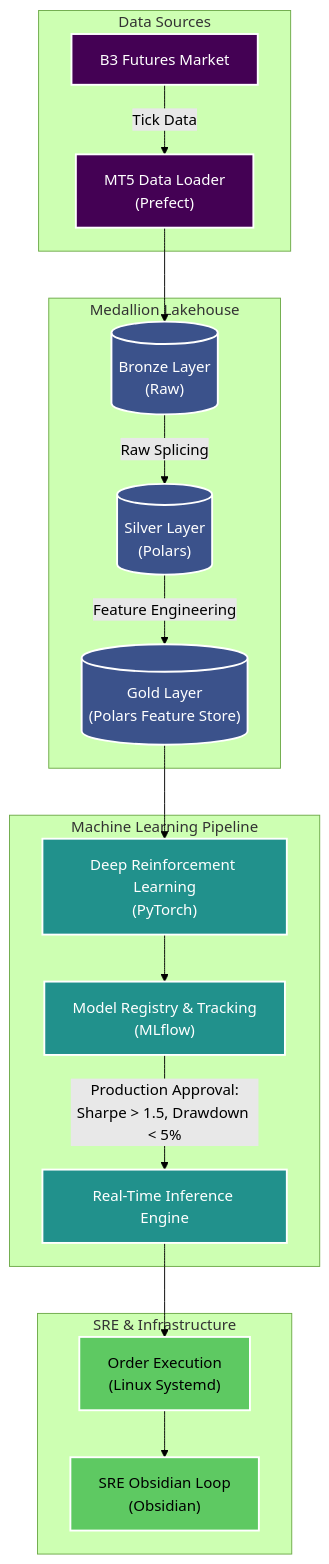
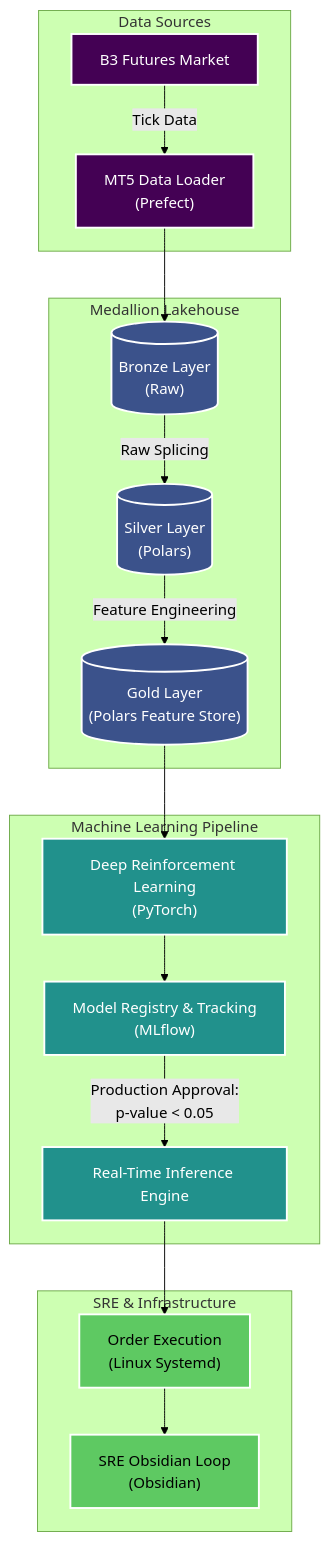
One commit to LucianoBritis/mlops-architecture-showcase changed the diagram in README.md. Above: the diagram before and after it, drawn with Mermaid (forest theme).

Commit message:
docs: Mask proprietary production approval thresholds with standard p-value metric

````diff
--- a/README.md
+++ b/README.md
@@ -21,28 +21,28 @@
 ```mermaid
 graph TD
     classDef source fill:#440154,color:#fff,stroke:#fff,stroke-width:2px;
     classDef medallion fill:#3B528B,color:#fff,stroke:#fff,stroke-width:2px;
     classDef ml fill:#21918C,color:#fff,stroke:#fff,stroke-width:2px;
     classDef sre fill:#5EC962,color:#000,stroke:#fff,stroke-width:2px;
 
     subgraph Data Sources
         B3["B3 Futures Market"]:::source --> |Tick Data| Ingest["MT5 Data Loader<br>(Prefect)"]:::source
     end
 
     subgraph Medallion Lakehouse
         Ingest --> Bronze[("Bronze Layer<br>(Raw)")]:::medallion
         Bronze --> |Raw Splicing| Silver[("Silver Layer<br>(Polars)")]:::medallion
         Silver --> |Feature Engineering| Gold[("Gold Layer<br>(Polars Feature Store)")]:::medallion
     end
 
     subgraph Machine Learning Pipeline
         Gold --> DRL["Deep Reinforcement Learning<br>(PyTorch)"]:::ml
         DRL --> Registry["Model Registry & Tracking<br>(MLflow)"]:::ml
-        Registry --> |"Production Approval:<br>Sharpe > 1.5, Drawdown < 5%"| Inference["Real-Time Inference Engine"]:::ml
+        Registry --> |"Production Approval:<br>p-value < 0.05"| Inference["Real-Time Inference Engine"]:::ml
     end
 
     subgraph SRE & Infrastructure
         Inference --> Exec["Order Execution<br>(Linux Systemd)"]:::sre
         Exec --> Monitor["SRE Obsidian Loop<br>(Obsidian)"]:::sre
     end
 ```
````
